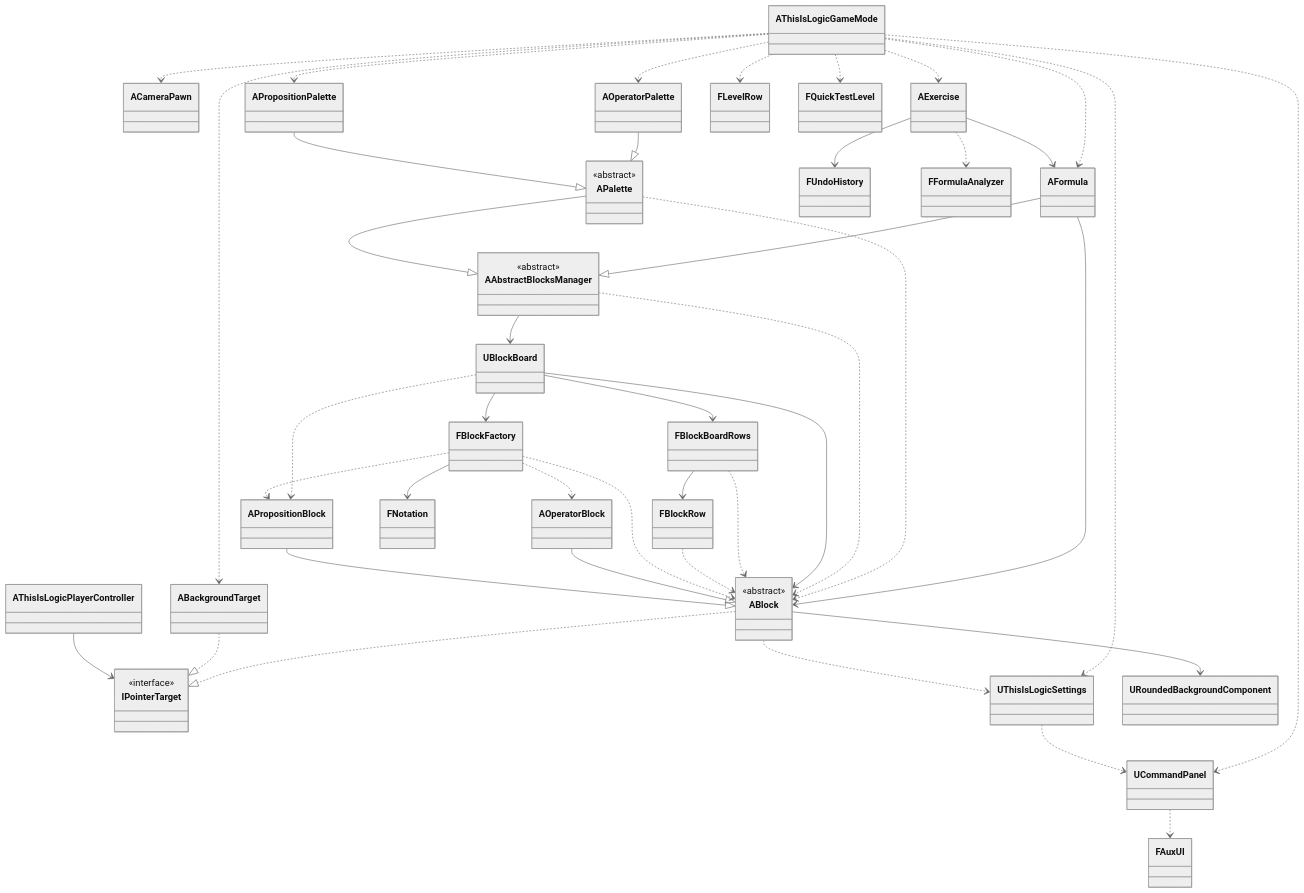
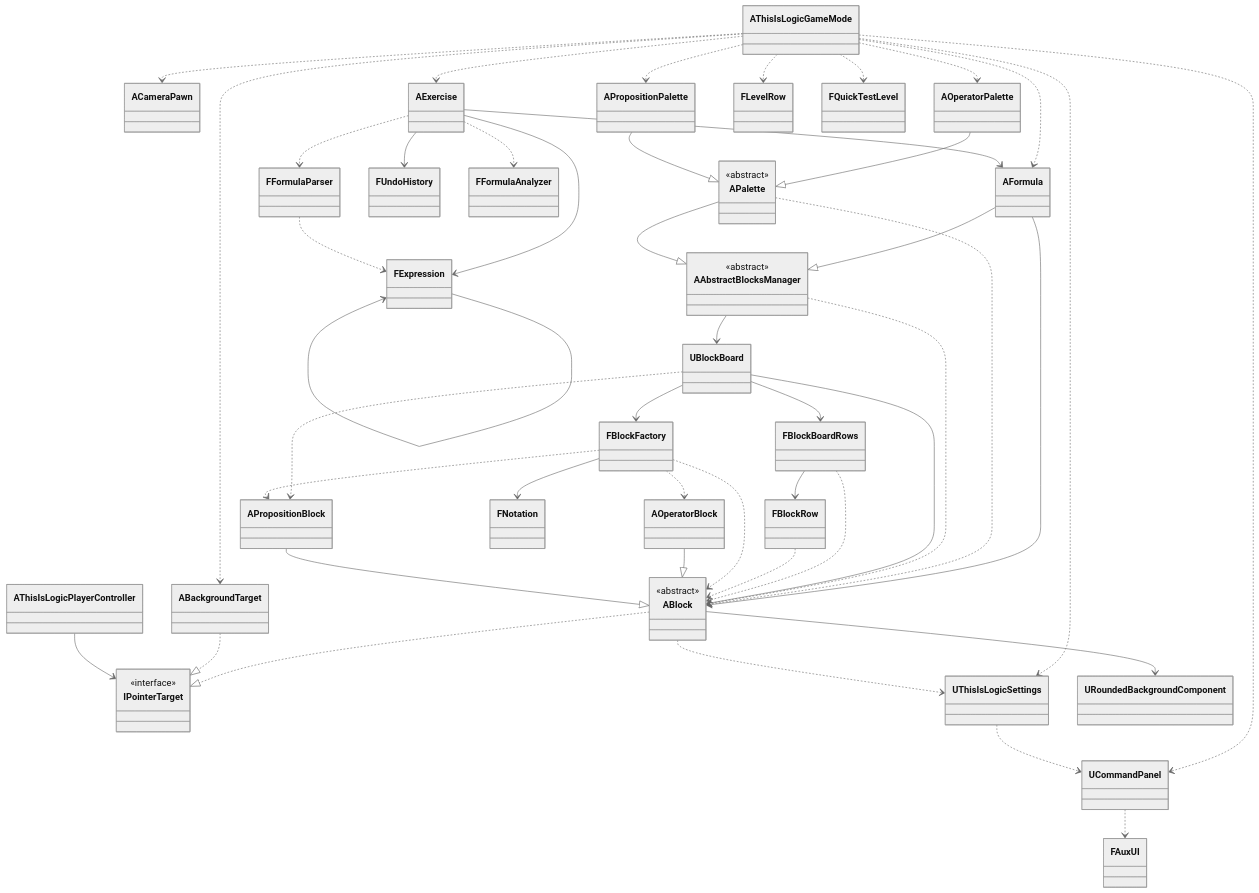
The diagram in README.md (expn-pi/ThisIsLogic), drawn with Mermaid (neutral theme) before and after one commit. The commit also changed other lines of this file and 14 other files, not shown here.

````diff
--- a/README.md
+++ b/README.md
@@ -86,66 +86,71 @@
 ```mermaid
 classDiagram
     class IPointerTarget {
         <<interface>>
     }
     class ABlock {
         <<abstract>>
     }
     class AAbstractBlocksManager {
         <<abstract>>
     }
     class APalette {
         <<abstract>>
     }
 
     AThisIsLogicGameMode ..> ACameraPawn
     AThisIsLogicGameMode ..> AFormula
     AThisIsLogicGameMode ..> ABackgroundTarget
     AThisIsLogicGameMode ..> AExercise
     AThisIsLogicGameMode ..> UCommandPanel
     AThisIsLogicGameMode ..> AOperatorPalette
     AThisIsLogicGameMode ..> APropositionPalette
     AThisIsLogicGameMode ..> UThisIsLogicSettings
     AThisIsLogicGameMode ..> FLevelRow
     AThisIsLogicGameMode ..> FQuickTestLevel
 
     AExercise --> AFormula
     AExercise --> FUndoHistory
+    AExercise --> FExpression
     AExercise ..> FFormulaAnalyzer
+    AExercise ..> FFormulaParser
+
+    FFormulaParser ..> FExpression
+    FExpression --> FExpression
 
     AFormula --|> AAbstractBlocksManager
     AFormula --> ABlock
 
     AOperatorPalette --|> APalette
     APropositionPalette --|> APalette
     APalette --|> AAbstractBlocksManager
     APalette ..> ABlock
 
     AAbstractBlocksManager --> UBlockBoard
     AAbstractBlocksManager ..> ABlock
 
     UBlockBoard --> FBlockBoardRows
     UBlockBoard --> FBlockFactory
     UBlockBoard --> ABlock
     UBlockBoard ..> APropositionBlock
     FBlockBoardRows --> FBlockRow
     FBlockBoardRows ..> ABlock
     FBlockRow ..> ABlock
 
     FBlockFactory --> FNotation
     FBlockFactory ..> ABlock
     FBlockFactory ..> AOperatorBlock
     FBlockFactory ..> APropositionBlock
 
     AOperatorBlock --|> ABlock
     APropositionBlock --|> ABlock
     ABlock ..|> IPointerTarget
     ABlock --> URoundedBackgroundComponent
     ABlock ..> UThisIsLogicSettings
 
     ABackgroundTarget ..|> IPointerTarget
     AThisIsLogicPlayerController --> IPointerTarget
 
     UThisIsLogicSettings ..> UCommandPanel
     UCommandPanel ..> FAuxUI
 ```
````
